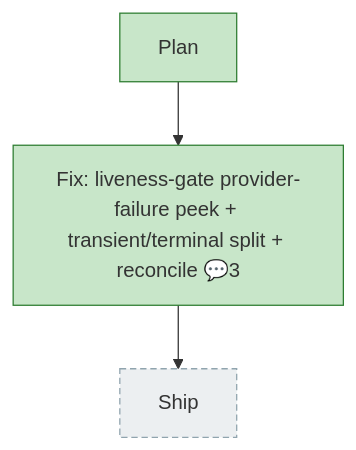
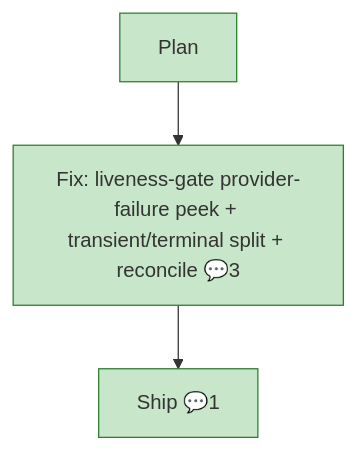
One commit to vaughanknight/pij changed the diagram in docs/plans/024-fix-false-provider-death/the-flow.md. Above: the diagram before and after it, drawn with Mermaid. The commit also changed other lines of this file and 1 other file, not shown here.

````diff
--- a/docs/plans/024-fix-false-provider-death/the-flow.md
+++ b/docs/plans/024-fix-false-provider-death/the-flow.md
@@ -8,22 +8,22 @@
 ```mermaid
 flowchart TD
-    ship["Ship"]:::assumed
+    ship["Ship 💬1"]:::done
     build["Fix: liveness-gate provider-failure peek + transient/terminal split + reconcile 💬3"]:::done
     plan["Plan"]:::done
 
     build --> ship
     plan --> build
 
     classDef done fill:#C8E6C9,stroke:#2E7D32;
     classDef wip fill:#FFE0B2,stroke:#EF6C00;
     classDef blocked fill:#FFCDD2,stroke:#C62828;
     classDef known fill:#BBDEFB,stroke:#1565C0;
     classDef assumed fill:#ECEFF1,stroke:#90A4AE,stroke-dasharray:5 3;
     classDef said fill:#FFF9C4,stroke:#F9A825;
     classDef harness fill:#EDE7F6,stroke:#673AB7;
     classDef decision fill:#FFF3E0,stroke:#FB8C00,stroke-dasharray:2 2;
     classDef companion fill:#D1C4E9,stroke:#5E35B1;
     classDef worker fill:#B2DFDB,stroke:#00897B;
     classDef chore fill:#E0F2F1,stroke:#00897B,stroke-dasharray:3 2;
     classDef unknown fill:#FAFAFA,stroke:#BDBDBD,stroke-dasharray:1 4;
 ```
````
